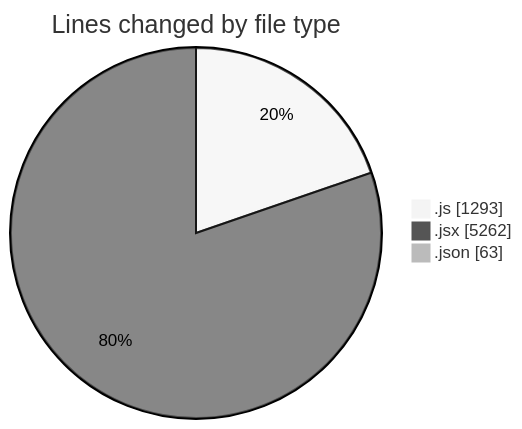
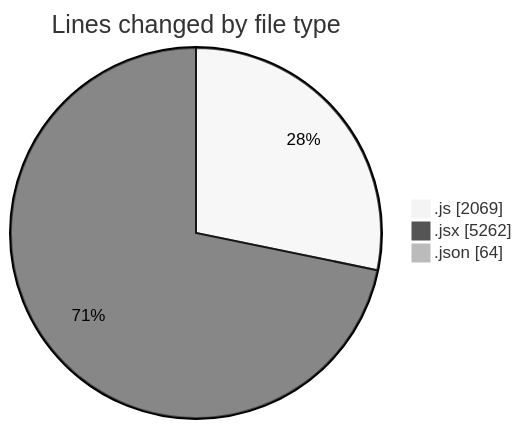
Before and after one commit to nxtqubesakshisongat/code-tracking: the first of 2 diagrams in 2025-08-07/nxtqube_webapp/README.md, drawn with Mermaid (neutral theme). The commit also changed other lines of this file and 1 other file, not shown here.

````diff
--- a/2025-08-07/nxtqube_webapp/README.md
+++ b/2025-08-07/nxtqube_webapp/README.md
@@ -25,7 +25,7 @@
 ```mermaid
 pie showData
 title Lines changed by file type
-".js" : 1293
+".js" : 2069
 ".jsx" : 5262
-".json" : 63
+".json" : 64
 ```
````
